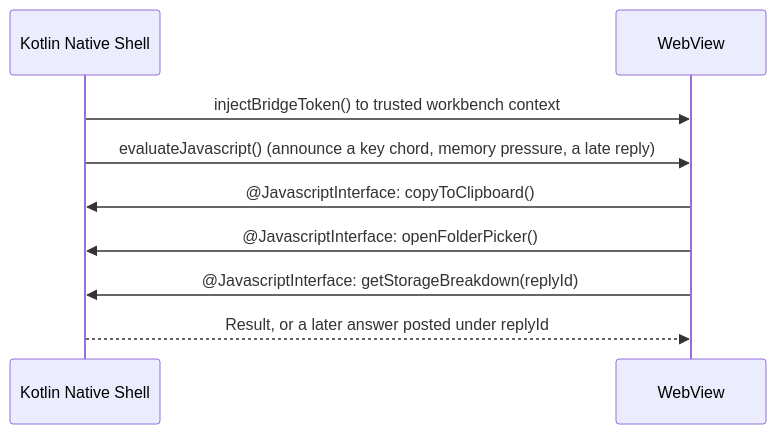
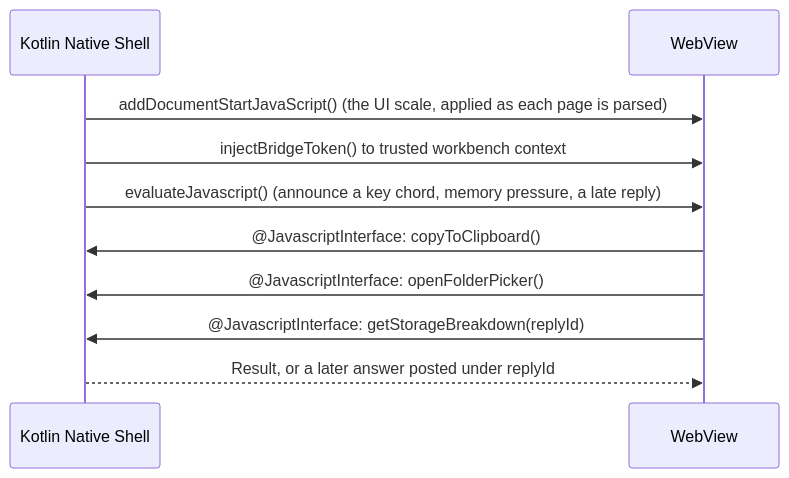
The sixth of 12 diagrams in docs/03-ARCHITECTURE.md (rmyndharis/VSCodroid), drawn with Mermaid before and after one commit. The commit also changed 6 other files, not shown here.

````diff
--- a/docs/03-ARCHITECTURE.md
+++ b/docs/03-ARCHITECTURE.md
@@ -362,11 +362,12 @@
 ```mermaid
 sequenceDiagram
   participant K as Kotlin Native Shell
   participant W as WebView
+  K->>W: addDocumentStartJavaScript() (the UI scale, applied as each page is parsed)
   K->>W: injectBridgeToken() to trusted workbench context
   K->>W: evaluateJavascript() (announce a key chord, memory pressure, a late reply)
   W->>K: @JavascriptInterface: copyToClipboard()
   W->>K: @JavascriptInterface: openFolderPicker()
   W->>K: @JavascriptInterface: getStorageBreakdown(replyId)
   K-->>W: Result, or a later answer posted under replyId
 ```
````
